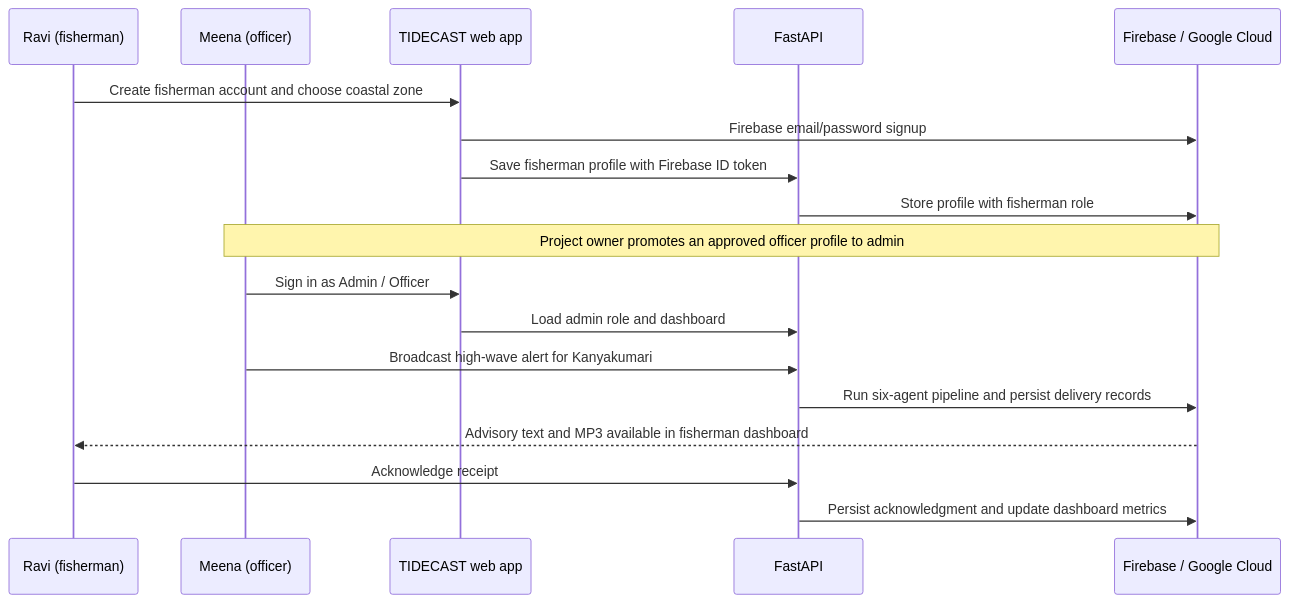
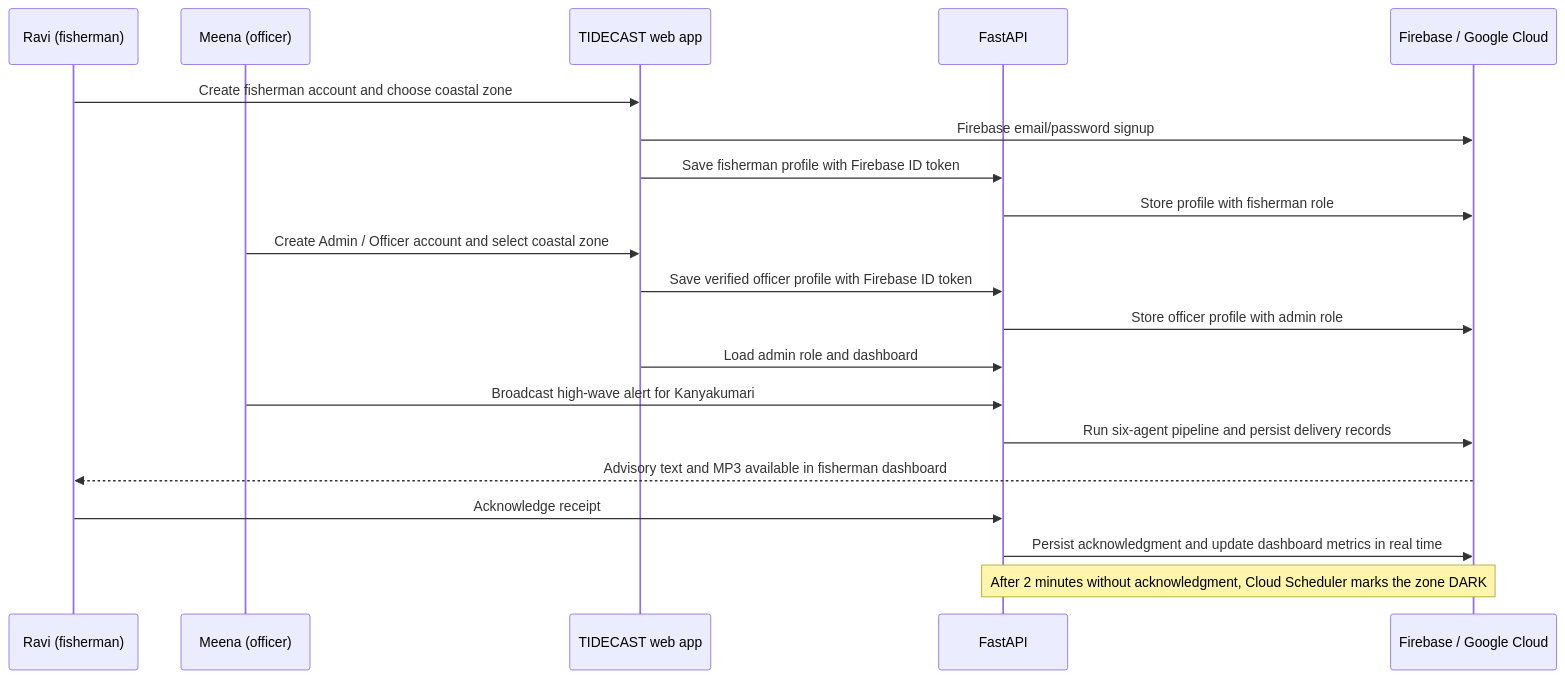
Before and after one commit to Dineshkumar2006471/Tidecast: the third of 3 diagrams in README.md, drawn with Mermaid. The commit also changed other lines of this file and 17 other files, not shown here.

Commit message:
feat: complete demo authentication and dark zone workflow

````diff
--- a/README.md
+++ b/README.md
@@ -73,21 +73,23 @@
 ```mermaid
 sequenceDiagram
   participant R as Ravi (fisherman)
   participant M as Meena (officer)
   participant W as TIDECAST web app
   participant A as FastAPI
   participant F as Firebase / Google Cloud
 
   R->>W: Create fisherman account and choose coastal zone
   W->>F: Firebase email/password signup
   W->>A: Save fisherman profile with Firebase ID token
   A->>F: Store profile with fisherman role
-  Note over M,F: Project owner promotes an approved officer profile to admin
-  M->>W: Sign in as Admin / Officer
+  M->>W: Create Admin / Officer account and select coastal zone
+  W->>A: Save verified officer profile with Firebase ID token
+  A->>F: Store officer profile with admin role
   W->>A: Load admin role and dashboard
   M->>A: Broadcast high-wave alert for Kanyakumari
   A->>F: Run six-agent pipeline and persist delivery records
   F-->>R: Advisory text and MP3 available in fisherman dashboard
   R->>A: Acknowledge receipt
-  A->>F: Persist acknowledgment and update dashboard metrics
+  A->>F: Persist acknowledgment and update dashboard metrics in real time
+  Note over A,F: After 2 minutes without acknowledgment, Cloud Scheduler marks the zone DARK
 ```
````
